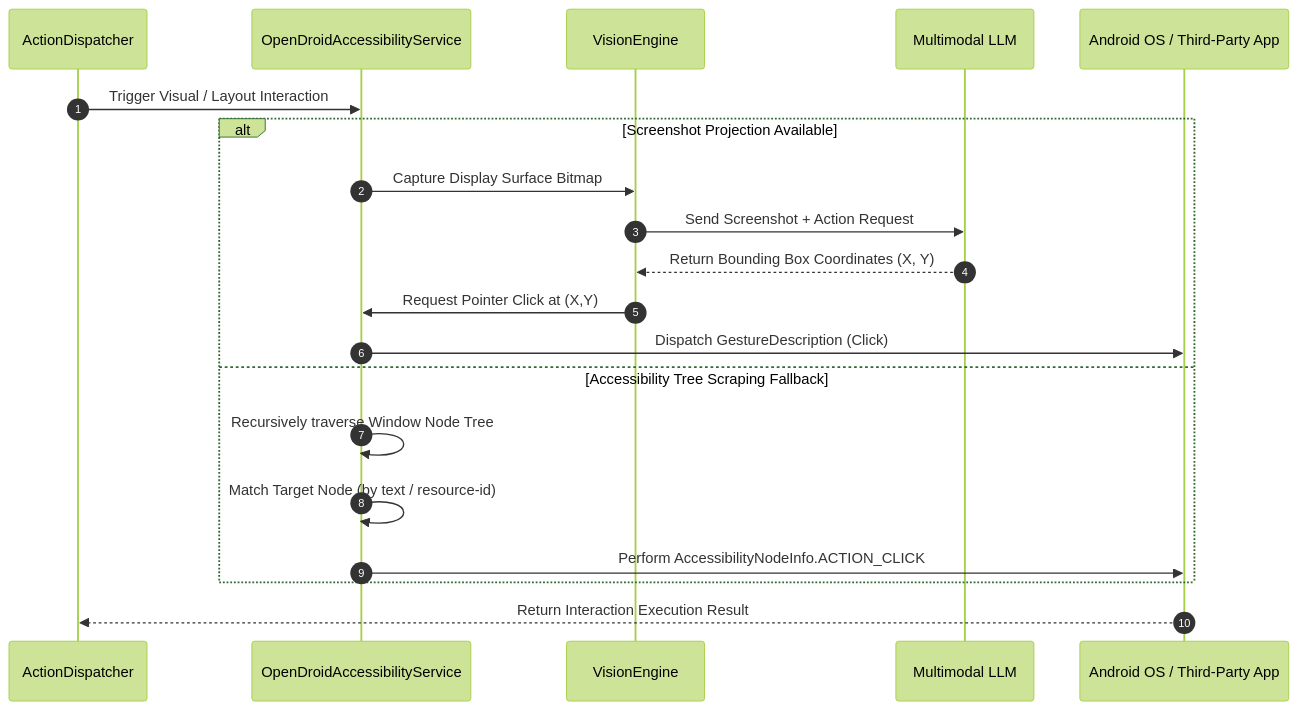
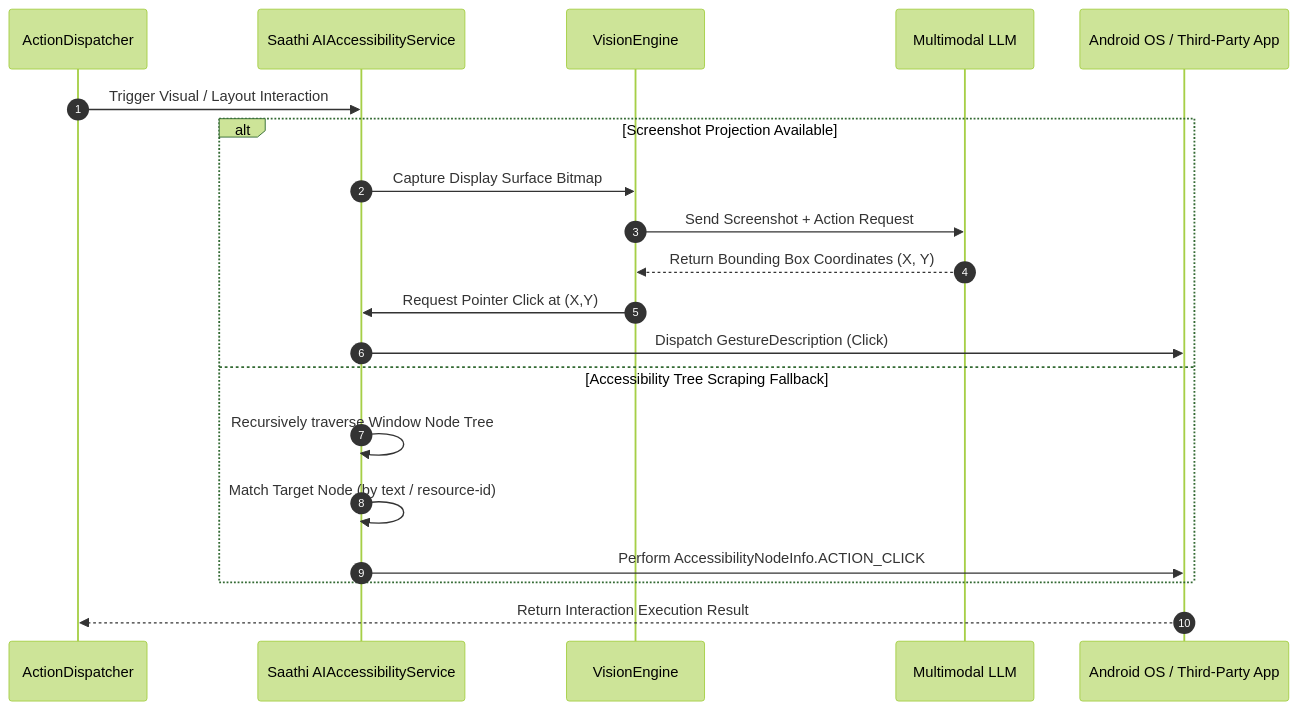
Before and after one commit to shahidansari311/saathi-ai: the second of 3 diagrams in docs/architecture.md, drawn with Mermaid (forest theme). The commit also changed other lines of this file and 76 other files, not shown here.

Commit message:
chore(branding): purge and replace all OpenDroid branding with Saathi AI across app, docs, and website

````diff
--- a/docs/architecture.md
+++ b/docs/architecture.md
@@ -164,23 +164,23 @@
 ```mermaid
 sequenceDiagram
     autonumber
     participant AD as ActionDispatcher
-    participant AS as OpenDroidAccessibilityService
+    participant AS as Saathi AIAccessibilityService
     participant VE as VisionEngine
     participant LLM as Multimodal LLM
     participant SYS as Android OS / Third-Party App
 
     AD->>AS: Trigger Visual / Layout Interaction
     alt Screenshot Projection Available
         AS->>VE: Capture Display Surface Bitmap
         VE->>LLM: Send Screenshot + Action Request
         LLM-->>VE: Return Bounding Box Coordinates (X, Y)
         VE->>AS: Request Pointer Click at (X,Y)
         AS->>SYS: Dispatch GestureDescription (Click)
     else Accessibility Tree Scraping Fallback
         AS->>AS: Recursively traverse Window Node Tree
         AS->>AS: Match Target Node (by text / resource-id)
         AS->>SYS: Perform AccessibilityNodeInfo.ACTION_CLICK
     end
     SYS-->>AD: Return Interaction Execution Result
 ```
````
